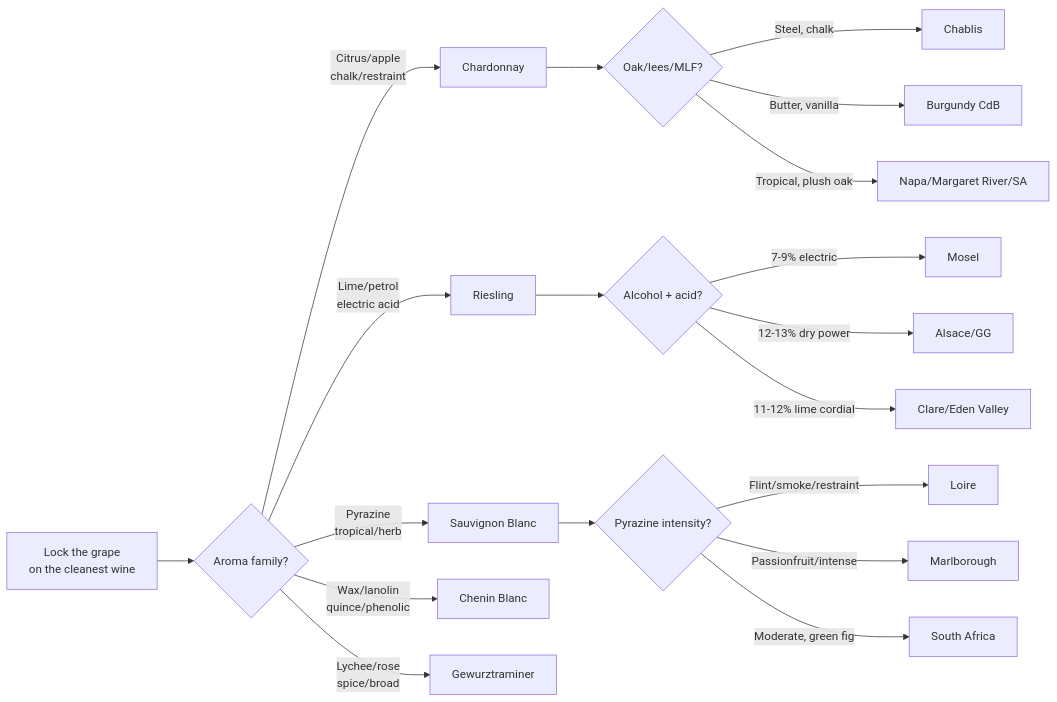
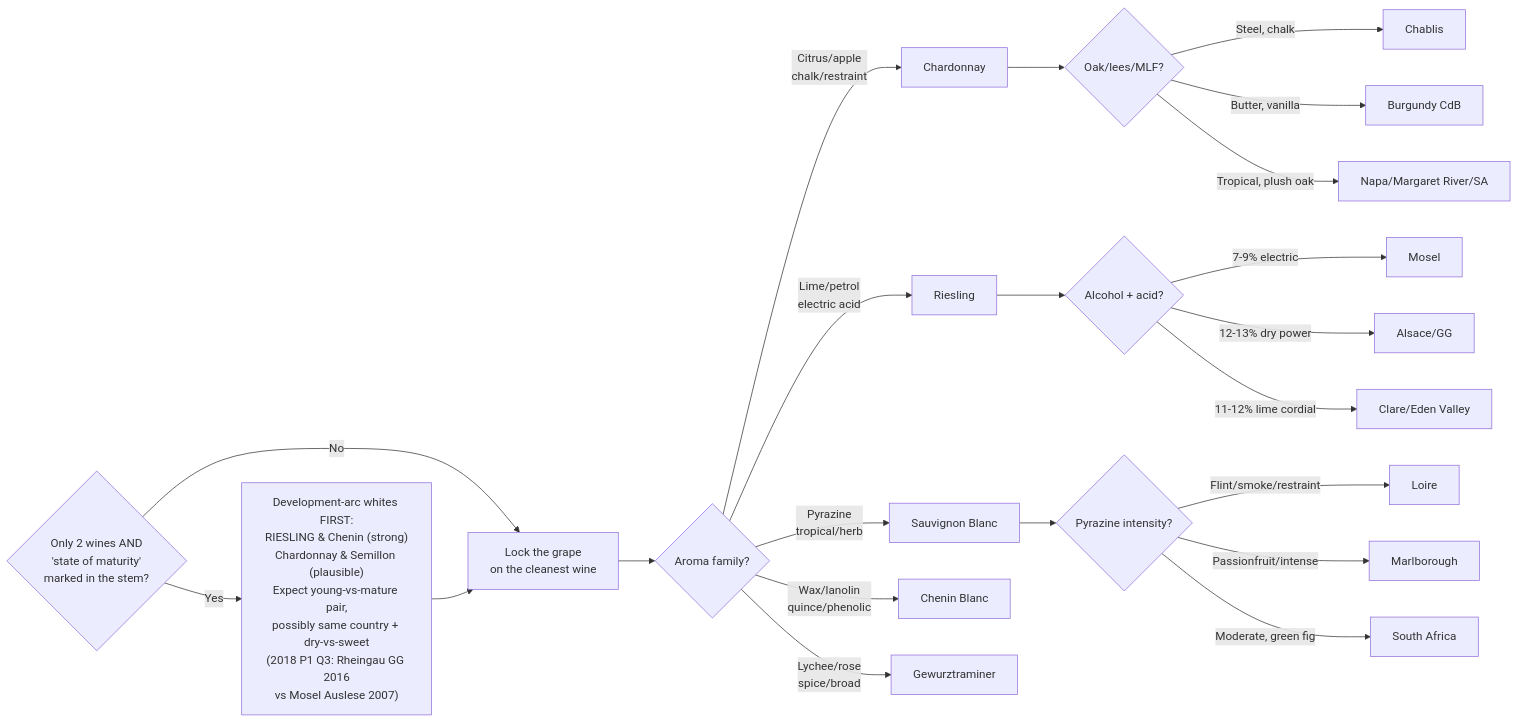
One commit to russellmoss/mw-exams changed the second of 7 diagrams in outputs/study_diagrams/p1_whites.md. Above: the diagram before and after it, drawn with Mermaid. The commit also changed 11 other files, not shown here.

````diff
--- a/outputs/study_diagrams/p1_whites.md
+++ b/outputs/study_diagrams/p1_whites.md
@@ -29,24 +29,27 @@
 ```mermaid
 flowchart LR
+    STEM{"Only 2 wines AND<br/>'state of maturity'<br/>marked in the stem?"} -->|Yes| MATPAIR["Development-arc whites FIRST:<br/>RIESLING & Chenin (strong)<br/>Chardonnay & Semillon (plausible)<br/>Expect young-vs-mature pair,<br/>possibly same country + dry-vs-sweet<br/>(2018 P1 Q3: Rheingau GG 2016<br/>vs Mosel Auslese 2007)"]
+    STEM -->|No| LOCK
+    MATPAIR --> LOCK
     LOCK["Lock the grape<br/>on the cleanest wine"] --> AROMA{"Aroma family?"}
     AROMA -->|"Citrus/apple<br/>chalk/restraint"| CHARD["Chardonnay"]
     AROMA -->|"Lime/petrol<br/>electric acid"| RIES["Riesling"]
     AROMA -->|"Pyrazine<br/>tropical/herb"| SB["Sauvignon Blanc"]
     AROMA -->|"Wax/lanolin<br/>quince/phenolic"| CHENIN["Chenin Blanc"]
     AROMA -->|"Lychee/rose<br/>spice/broad"| GEWURZ["Gewurztraminer"]
 
     CHARD --> CHARD_O{"Oak/lees/MLF?"}
     CHARD_O -->|"Steel, chalk"| CHAB["Chablis"]
     CHARD_O -->|"Butter, vanilla"| BURG["Burgundy CdB"]
     CHARD_O -->|"Tropical, plush oak"| NW_CH["Napa/Margaret River/SA"]
 
     RIES --> RIES_O{"Alcohol + acid?"}
     RIES_O -->|"7-9% electric"| MOSEL["Mosel"]
     RIES_O -->|"12-13% dry power"| ALS_R["Alsace/GG"]
     RIES_O -->|"11-12% lime cordial"| CLARE["Clare/Eden Valley"]
 
     SB --> SB_O{"Pyrazine intensity?"}
     SB_O -->|"Flint/smoke/restraint"| LOIRE_SB["Loire"]
     SB_O -->|"Passionfruit/intense"| MARL["Marlborough"]
     SB_O -->|"Moderate, green fig"| SA_SB["South Africa"]
 ```
````
